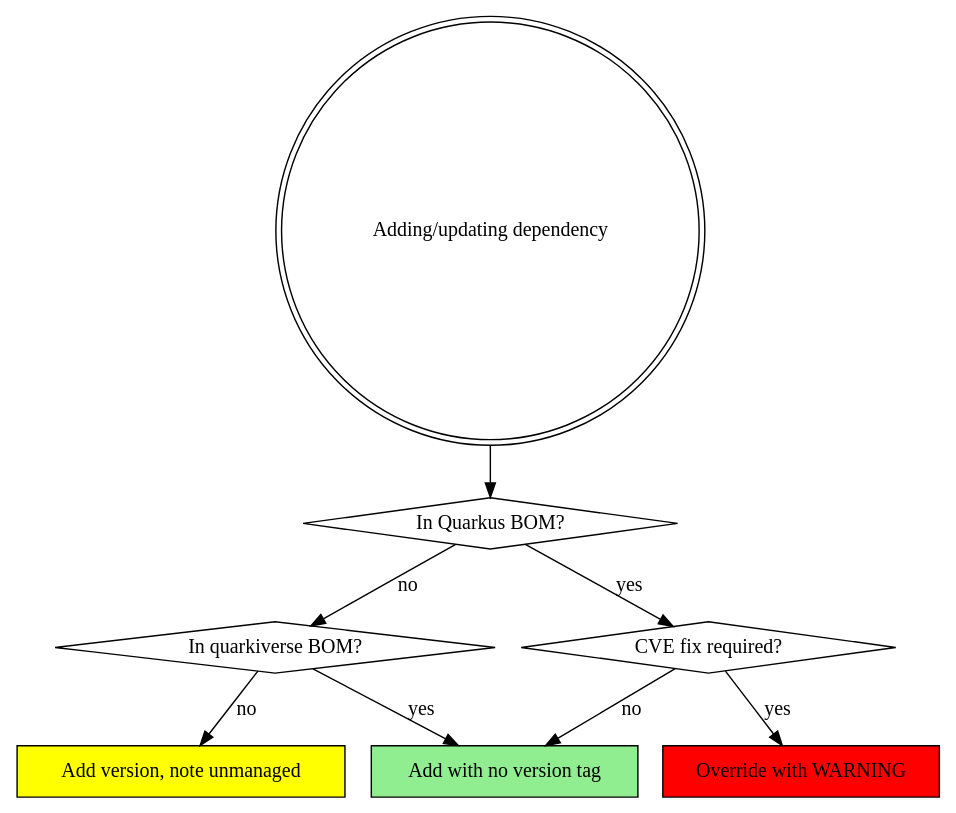
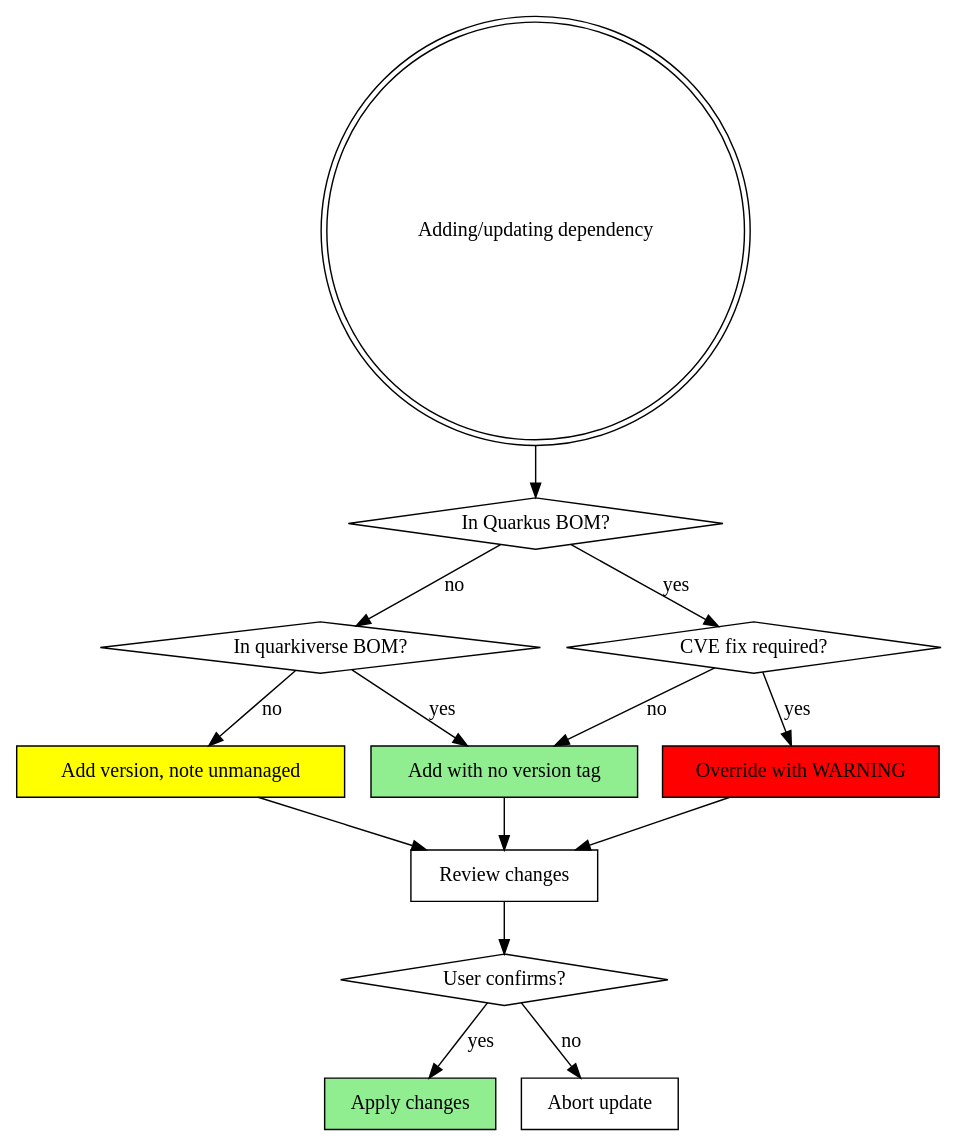
Before and after one commit to mdproctor/cc-praxis: the diagram in maven-dependency-update/SKILL.md, drawn with Graphviz. The commit also changed other lines of this file and 10 other files, not shown here.

````diff
--- a/maven-dependency-update/SKILL.md
+++ b/maven-dependency-update/SKILL.md
@@ -76,19 +76,29 @@
 ```dot
 digraph bom_decision {
     "Adding/updating dependency" [shape=doublecircle];
     "In Quarkus BOM?" [shape=diamond];
     "In quarkiverse BOM?" [shape=diamond];
     "CVE fix required?" [shape=diamond];
     "Add with no version tag" [shape=box, style=filled, fillcolor=lightgreen];
     "Add version, note unmanaged" [shape=box, style=filled, fillcolor=yellow];
     "Override with WARNING" [shape=box, style=filled, fillcolor=red];
+    "Review changes" [shape=box];
+    "User confirms?" [shape=diamond];
+    "Apply changes" [shape=box, style=filled, fillcolor=lightgreen];
+    "Abort update" [shape=box];
 
     "Adding/updating dependency" -> "In Quarkus BOM?";
     "In Quarkus BOM?" -> "CVE fix required?" [label="yes"];
     "In Quarkus BOM?" -> "In quarkiverse BOM?" [label="no"];
     "CVE fix required?" -> "Override with WARNING" [label="yes"];
     "CVE fix required?" -> "Add with no version tag" [label="no"];
     "In quarkiverse BOM?" -> "Add with no version tag" [label="yes"];
     "In quarkiverse BOM?" -> "Add version, note unmanaged" [label="no"];
+    "Override with WARNING" -> "Review changes";
+    "Add with no version tag" -> "Review changes";
+    "Add version, note unmanaged" -> "Review changes";
+    "Review changes" -> "User confirms?";
+    "User confirms?" -> "Apply changes" [label="yes"];
+    "User confirms?" -> "Abort update" [label="no"];
 }
 ```
````
